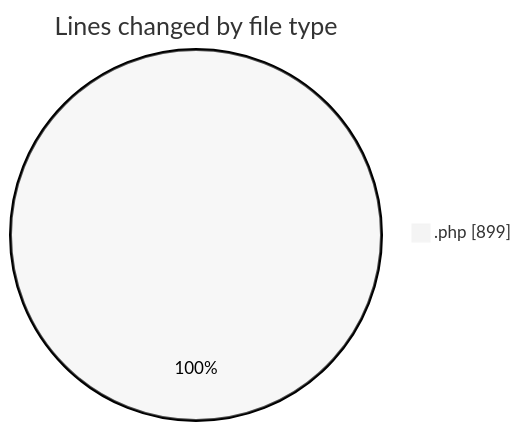
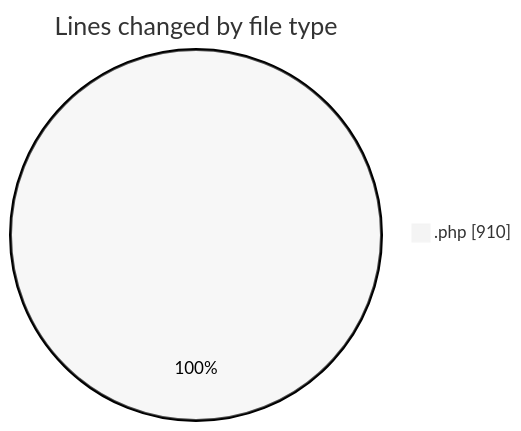
The first of 2 diagrams in 2026-09-16/untitled__workspace_/README.md (debugP/code-tracking), drawn with Mermaid (neutral theme) before and after one commit. The commit also changed other lines of this file and 1 other file, not shown here.

````diff
--- a/2026-09-16/untitled__workspace_/README.md
+++ b/2026-09-16/untitled__workspace_/README.md
@@ -21,5 +21,5 @@
 ```mermaid
 pie showData
 title Lines changed by file type
-".php" : 899
+".php" : 910
 ```
````
